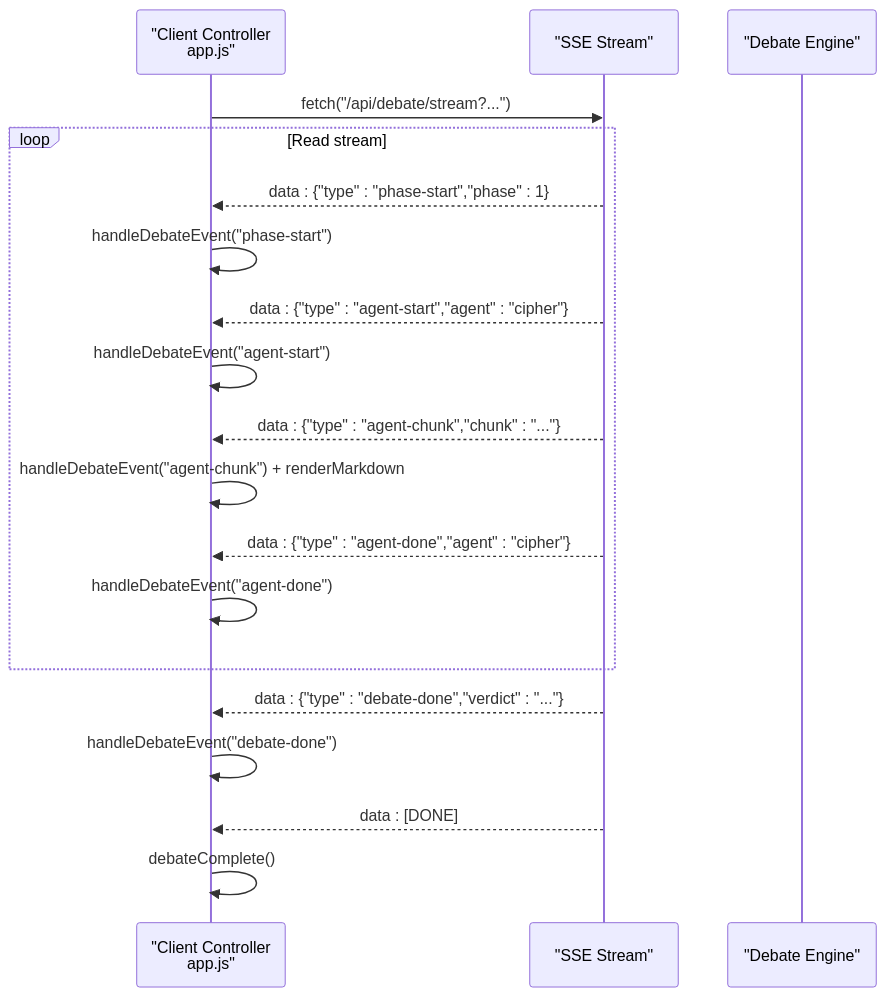
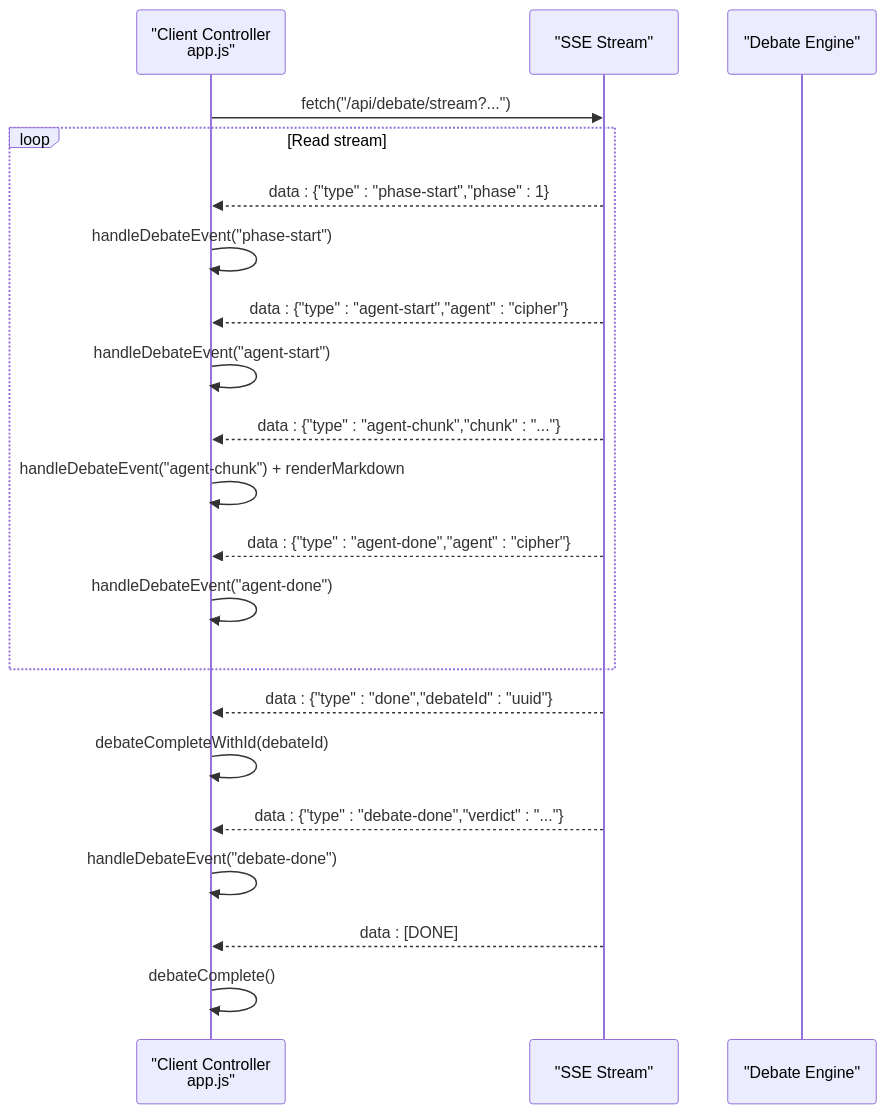
The seventh of 8 diagrams in .qoder/repowiki/en/content/AI Debate Engine/Real-Time Streaming Architecture.md (RunTimeAdmin/tri-ai), drawn with Mermaid before and after one commit. The commit also changed other lines of this file and 21 other files, not shown here.

````diff
--- a/.qoder/repowiki/en/content/AI Debate Engine/Real-Time Streaming Architecture.md
+++ b/.qoder/repowiki/en/content/AI Debate Engine/Real-Time Streaming Architecture.md
@@ -211,21 +266,23 @@
 ```mermaid
 sequenceDiagram
 participant Client as "Client Controller<br/>app.js"
 participant Stream as "SSE Stream"
 participant Engine as "Debate Engine"
 Client->>Stream : fetch("/api/debate/stream?...")
 loop Read stream
 Stream-->>Client : data : {"type" : "phase-start","phase" : 1}
 Client->>Client : handleDebateEvent("phase-start")
 Stream-->>Client : data : {"type" : "agent-start","agent" : "cipher"}
 Client->>Client : handleDebateEvent("agent-start")
 Stream-->>Client : data : {"type" : "agent-chunk","chunk" : "..."}
 Client->>Client : handleDebateEvent("agent-chunk") + renderMarkdown
 Stream-->>Client : data : {"type" : "agent-done","agent" : "cipher"}
 Client->>Client : handleDebateEvent("agent-done")
 end
+Stream-->>Client : data : {"type" : "done","debateId" : "uuid"}
+Client->>Client : debateCompleteWithId(debateId)
 Stream-->>Client : data : {"type" : "debate-done","verdict" : "..."}
 Client->>Client : handleDebateEvent("debate-done")
 Stream-->>Client : data : [DONE]
 Client->>Client : debateComplete()
 ```
````
